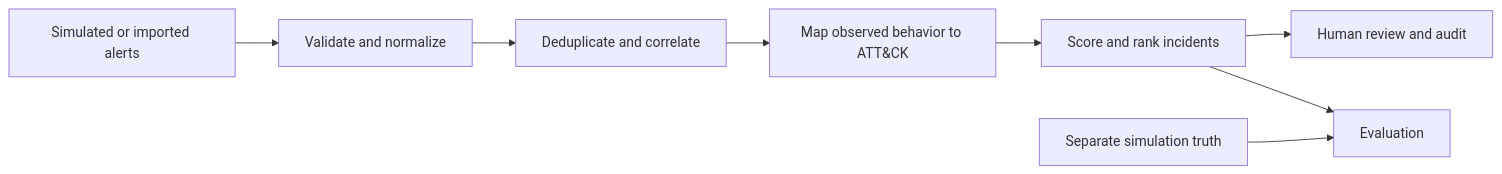
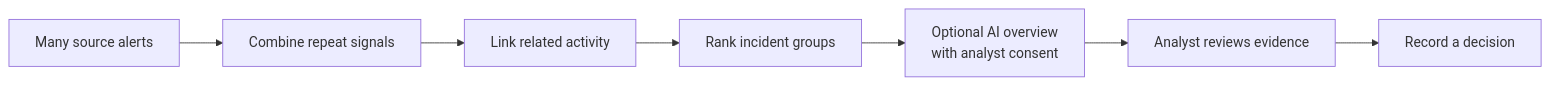
Before and after one commit to aakash-kr-7/ImagineUtopia_3000Alerts: the first of 2 diagrams in README.md, drawn with Mermaid. The commit also changed other lines of this file and 18 other files, not shown here.

Commit message:
Refine demo flow and documentation

````diff
--- a/README.md
+++ b/README.md
@@ -60,10 +11,9 @@
 ```mermaid
 flowchart LR
-  A[Simulated or imported alerts] --> B[Validate and normalize]
-  B --> C[Deduplicate and correlate]
-  C --> D[Map observed behavior to ATT&CK]
-  D --> E[Score and rank incidents]
-  E --> F[Human review and audit]
-  E --> G[Evaluation]
-  H[Separate simulation truth] --> G
+  A[Many source alerts] --> B[Combine repeat signals]
+  B --> C[Link related activity]
+  C --> D[Rank incident groups]
+  D --> E[Optional AI overview<br/>with analyst consent]
+  E --> F[Analyst reviews evidence]
+  F --> G[Record a decision]
 ```
````
